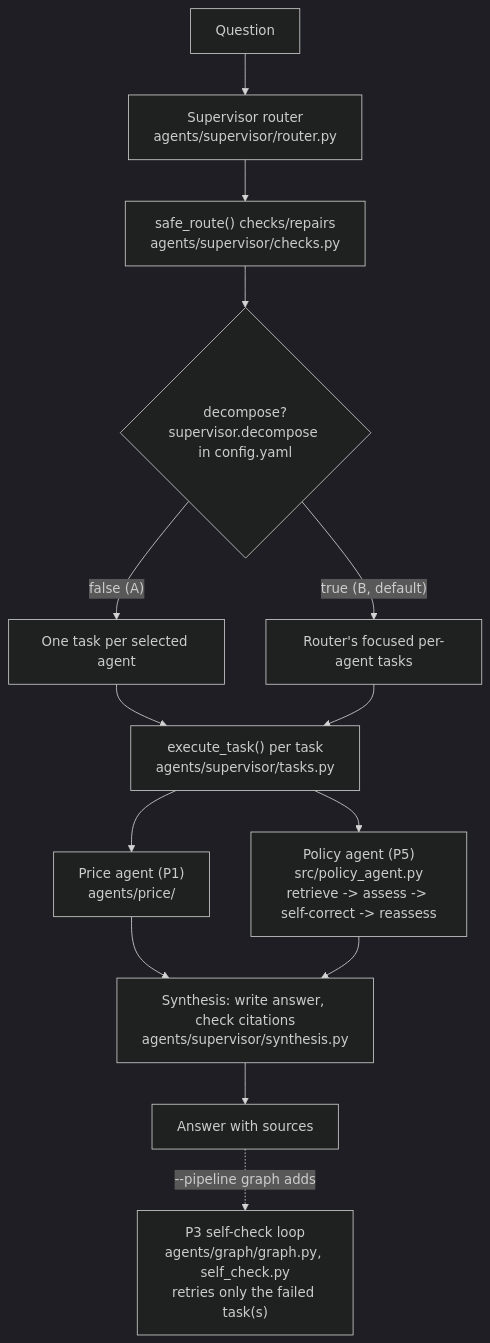
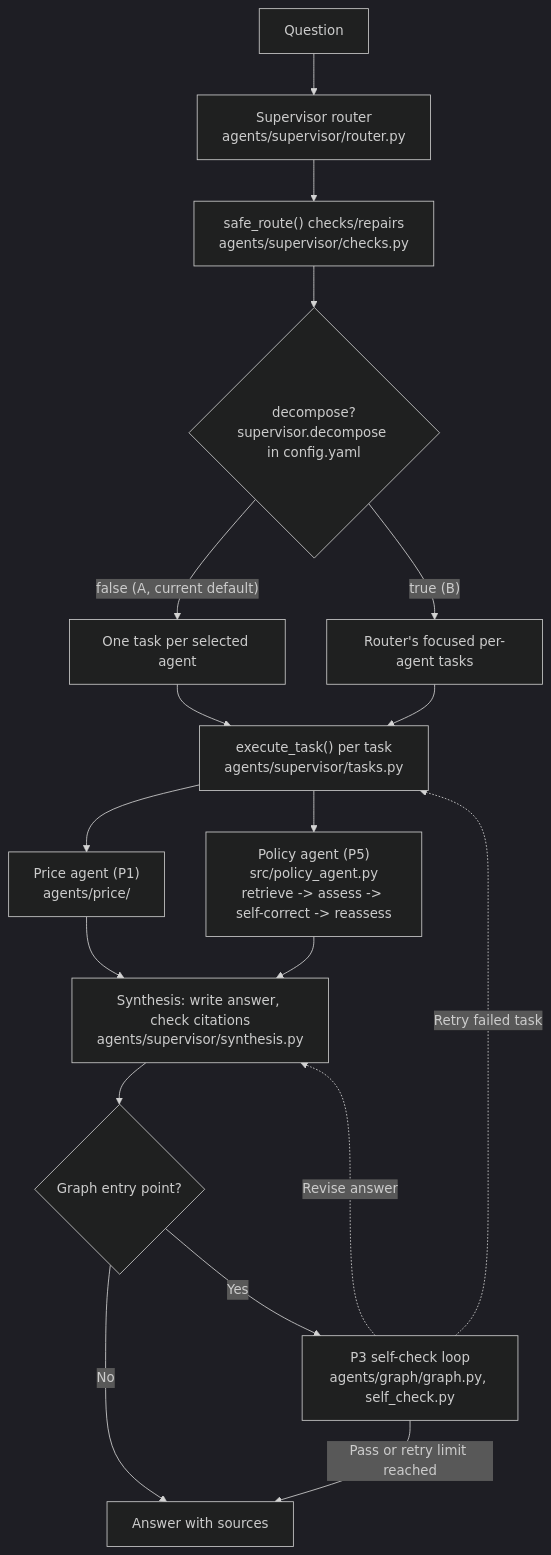
Before and after one commit to edwardbyl00/Gen-AI-and-LLM-Project: the second of 2 diagrams in Docs/end_to_end_overview.md, drawn with Mermaid (dark theme). The commit also changed other lines of this file and 61 other files, not shown here.

````diff
--- a/Docs/end_to_end_overview.md
+++ b/Docs/end_to_end_overview.md
@@ -36,16 +42,20 @@
 ```mermaid
 flowchart TD
     Q[Question] --> ROUTE["Supervisor router<br/>agents/supervisor/router.py"]
     ROUTE --> SAFE["safe_route() checks/repairs<br/>agents/supervisor/checks.py"]
     SAFE --> TASKS{"decompose?<br/>supervisor.decompose in config.yaml"}
-    TASKS -->|"false (A)"| ONE["One task per selected agent"]
-    TASKS -->|"true (B, default)"| MANY["Router's focused per-agent tasks"]
+    TASKS -->|"false (A, current default)"| ONE["One task per selected agent"]
+    TASKS -->|"true (B)"| MANY["Router's focused per-agent tasks"]
     ONE --> EXEC
     MANY --> EXEC["execute_task() per task<br/>agents/supervisor/tasks.py"]
     EXEC --> PRICE["Price agent (P1)<br/>agents/price/"]
     EXEC --> POLICY["Policy agent (P5)<br/>src/policy_agent.py<br/>retrieve -> assess -> self-correct -> reassess"]
     PRICE --> SYNTH
     POLICY --> SYNTH["Synthesis: write answer, check citations<br/>agents/supervisor/synthesis.py"]
-    SYNTH --> OUT[Answer with sources]
-    OUT -.->|"--pipeline graph adds"| CHECK["P3 self-check loop<br/>agents/graph/graph.py, self_check.py<br/>retries only the failed task(s)"]
+    SYNTH --> MODE{Graph entry point?}
+    MODE -->|No| OUT[Answer with sources]
+    MODE -->|Yes| CHECK["P3 self-check loop<br/>agents/graph/graph.py, self_check.py"]
+    CHECK -->|Pass or retry limit reached| OUT
+    CHECK -.->|Revise answer| SYNTH
+    CHECK -.->|Retry failed task| EXEC
 ```
````
